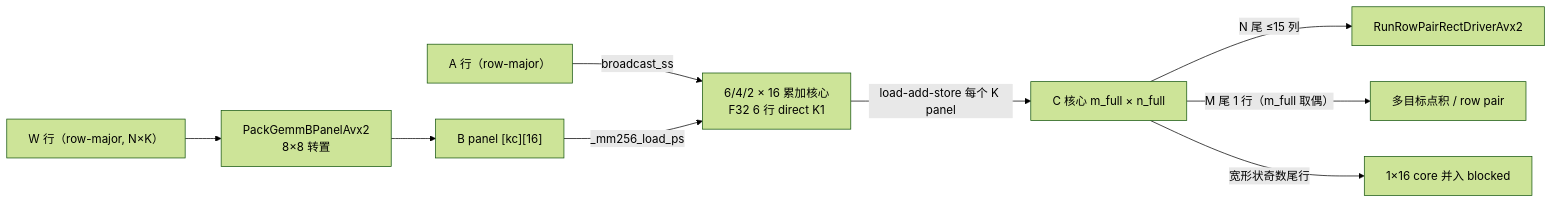
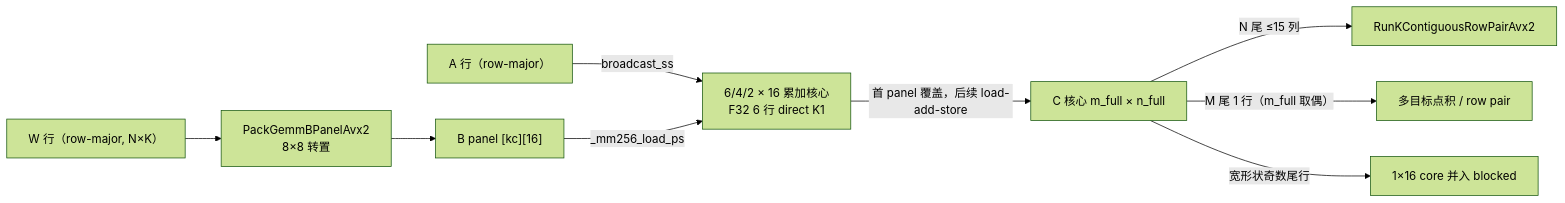
The fourth of 5 diagrams in docs/handbook/算子系统/算子实现详解/GEMM 内核.md (fengjiran/AetherMind), drawn with Mermaid (forest theme) before and after one commit. The commit also changed other lines of this file and 3 other files, not shown here.

````diff
--- a/docs/handbook/算子系统/算子实现详解/GEMM 内核.md
+++ b/docs/handbook/算子系统/算子实现详解/GEMM 内核.md
@@ -459,9 +459,9 @@
 ```mermaid
 flowchart LR
     A["A 行（row-major）"] -->|"broadcast_ss"| Core["6/4/2 × 16 累加核心<br/>F32 6 行 direct K1"]
     W["W 行（row-major, N×K）"] --> Pack["PackGemmBPanelAvx2<br/>8×8 转置"] --> Panel["B panel [kc][16]"] -->|"_mm256_load_ps"| Core
-    Core -->|"load-add-store 每个 K panel"| C["C 核心 m_full × n_full"]
-    C -->|"N 尾 ≤15 列"| RP["RunRowPairRectDriverAvx2"]
+    Core -->|"首 panel 覆盖，后续 load-add-store"| C["C 核心 m_full × n_full"]
+    C -->|"N 尾 ≤15 列"| RP["RunKContiguousRowPairAvx2"]
     C -->|"M 尾 1 行（m_full 取偶）"| DP["多目标点积 / row pair"]
     C -->|"宽形状奇数尾行"| Odd["1×16 core 并入 blocked"]
 ```
````
